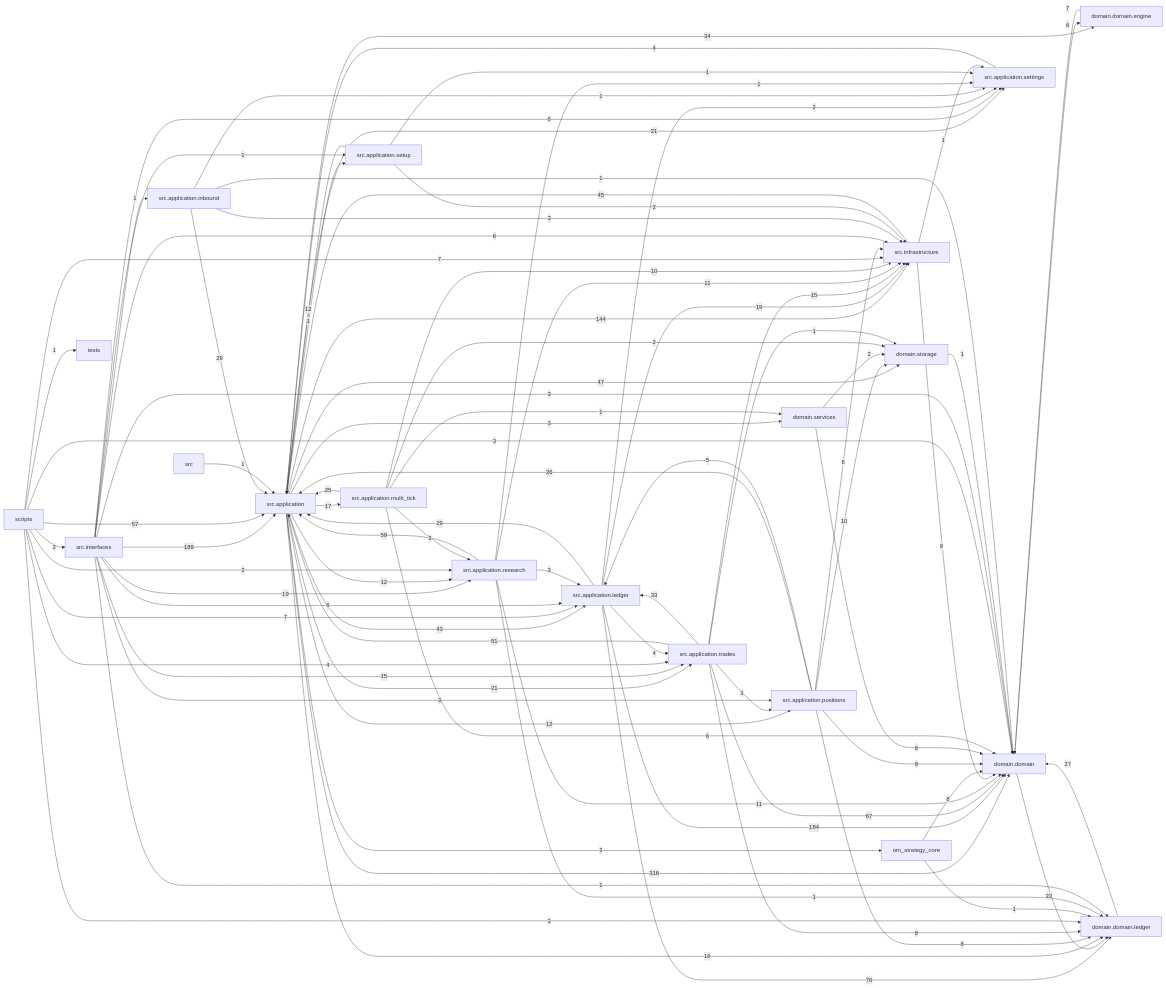
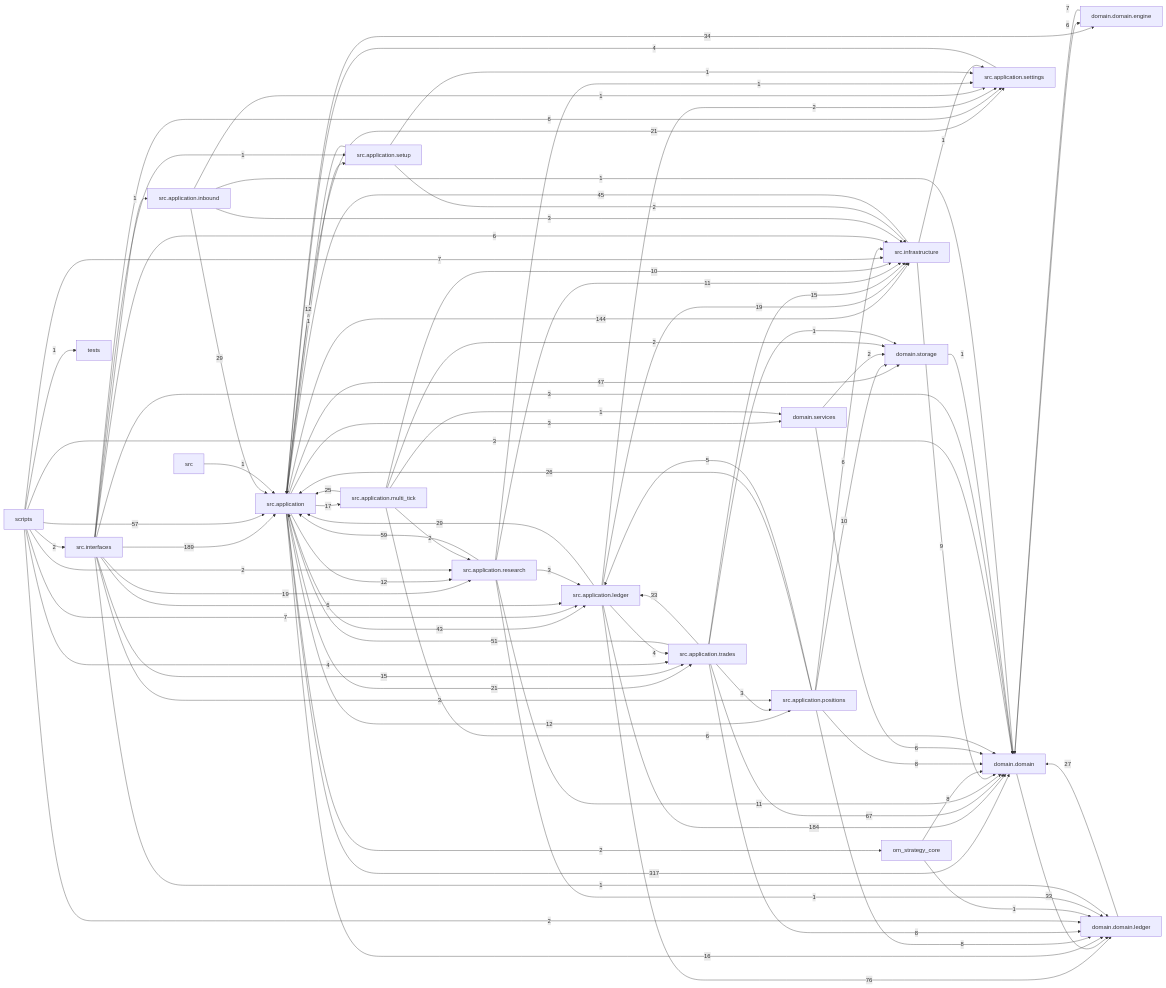
The diagram in docs/dependency_graph.mmd (liuxie066/options-monitor), drawn with Mermaid before and after one commit. The commit also changed 18 other files, not shown here.

```diff
--- a/docs/dependency_graph.mmd
+++ b/docs/dependency_graph.mmd
@@ -1,87 +1,87 @@
 flowchart LR
-  src_application["src.application"] -->|316| domain_domain["domain.domain"]
+  src_application["src.application"] -->|317| domain_domain["domain.domain"]
   src_interfaces["src.interfaces"] -->|189| src_application["src.application"]
   src_application_ledger["src.application.ledger"] -->|184| domain_domain["domain.domain"]
   src_application["src.application"] -->|144| src_infrastructure["src.infrastructure"]
   src_application_ledger["src.application.ledger"] -->|76| domain_domain_ledger["domain.domain.ledger"]
   src_application_trades["src.application.trades"] -->|67| domain_domain["domain.domain"]
   src_application_research["src.application.research"] -->|59| src_application["src.application"]
   scripts["scripts"] -->|57| src_application["src.application"]
   src_application_trades["src.application.trades"] -->|51| src_application["src.application"]
   src_application["src.application"] -->|47| domain_storage["domain.storage"]
   src_infrastructure["src.infrastructure"] -->|45| src_application["src.application"]
   src_application["src.application"] -->|43| src_application_ledger["src.application.ledger"]
   src_application["src.application"] -->|34| domain_domain_engine["domain.domain.engine"]
   domain_domain["domain.domain"] -->|33| domain_domain_ledger["domain.domain.ledger"]
   src_application_trades["src.application.trades"] -->|33| src_application_ledger["src.application.ledger"]
   src_application_inbound["src.application.inbound"] -->|29| src_application["src.application"]
   src_application_ledger["src.application.ledger"] -->|29| src_application["src.application"]
   domain_domain_ledger["domain.domain.ledger"] -->|27| domain_domain["domain.domain"]
   src_application_positions["src.application.positions"] -->|26| src_application["src.application"]
   src_application_multi_tick["src.application.multi_tick"] -->|25| src_application["src.application"]
   src_application["src.application"] -->|21| src_application_settings["src.application.settings"]
   src_application["src.application"] -->|21| src_application_trades["src.application.trades"]
   src_application_ledger["src.application.ledger"] -->|19| src_infrastructure["src.infrastructure"]
   src_interfaces["src.interfaces"] -->|19| src_application_research["src.application.research"]
   src_application["src.application"] -->|17| src_application_multi_tick["src.application.multi_tick"]
   src_application["src.application"] -->|16| domain_domain_ledger["domain.domain.ledger"]
   src_application_trades["src.application.trades"] -->|15| src_infrastructure["src.infrastructure"]
   src_interfaces["src.interfaces"] -->|15| src_application_trades["src.application.trades"]
   src_application["src.application"] -->|12| src_application_positions["src.application.positions"]
   src_application["src.application"] -->|12| src_application_research["src.application.research"]
   src_application_setup["src.application.setup"] -->|12| src_application["src.application"]
   src_application_research["src.application.research"] -->|11| domain_domain["domain.domain"]
   src_application_research["src.application.research"] -->|11| src_infrastructure["src.infrastructure"]
   src_application_multi_tick["src.application.multi_tick"] -->|10| src_infrastructure["src.infrastructure"]
   src_application_positions["src.application.positions"] -->|10| domain_storage["domain.storage"]
   src_infrastructure["src.infrastructure"] -->|9| domain_domain["domain.domain"]
   om_strategy_core["om_strategy_core"] -->|8| domain_domain["domain.domain"]
   src_application_positions["src.application.positions"] -->|8| domain_domain["domain.domain"]
   src_application_positions["src.application.positions"] -->|8| domain_domain_ledger["domain.domain.ledger"]
   src_application_trades["src.application.trades"] -->|8| domain_domain_ledger["domain.domain.ledger"]
   domain_domain_engine["domain.domain.engine"] -->|7| domain_domain["domain.domain"]
   scripts["scripts"] -->|7| src_application_ledger["src.application.ledger"]
   scripts["scripts"] -->|7| src_infrastructure["src.infrastructure"]
   domain_domain["domain.domain"] -->|6| domain_domain_engine["domain.domain.engine"]
   domain_services["domain.services"] -->|6| domain_domain["domain.domain"]
   src_application_multi_tick["src.application.multi_tick"] -->|6| domain_domain["domain.domain"]
   src_application_positions["src.application.positions"] -->|6| src_infrastructure["src.infrastructure"]
   src_interfaces["src.interfaces"] -->|6| src_application_ledger["src.application.ledger"]
   src_interfaces["src.interfaces"] -->|6| src_application_settings["src.application.settings"]
   src_interfaces["src.interfaces"] -->|6| src_infrastructure["src.infrastructure"]
   src_application_positions["src.application.positions"] -->|5| src_application_ledger["src.application.ledger"]
   scripts["scripts"] -->|4| src_application_trades["src.application.trades"]
   src_application_ledger["src.application.ledger"] -->|4| src_application_trades["src.application.trades"]
   src_application_settings["src.application.settings"] -->|4| src_application["src.application"]
   scripts["scripts"] -->|3| domain_domain["domain.domain"]
   src_application["src.application"] -->|3| domain_services["domain.services"]
   src_application_inbound["src.application.inbound"] -->|3| src_infrastructure["src.infrastructure"]
   src_application_research["src.application.research"] -->|3| src_application_ledger["src.application.ledger"]
   src_application_trades["src.application.trades"] -->|3| src_application_positions["src.application.positions"]
   src_interfaces["src.interfaces"] -->|3| domain_domain["domain.domain"]
   src_interfaces["src.interfaces"] -->|3| src_application_positions["src.application.positions"]
   domain_services["domain.services"] -->|2| domain_storage["domain.storage"]
   scripts["scripts"] -->|2| domain_domain_ledger["domain.domain.ledger"]
   scripts["scripts"] -->|2| src_application_research["src.application.research"]
   scripts["scripts"] -->|2| src_interfaces["src.interfaces"]
   src_application["src.application"] -->|2| om_strategy_core["om_strategy_core"]
   src_application_ledger["src.application.ledger"] -->|2| src_application_settings["src.application.settings"]
   src_application_multi_tick["src.application.multi_tick"] -->|2| domain_storage["domain.storage"]
   src_application_multi_tick["src.application.multi_tick"] -->|2| src_application_research["src.application.research"]
   src_application_setup["src.application.setup"] -->|2| src_infrastructure["src.infrastructure"]
   domain_storage["domain.storage"] -->|1| domain_domain["domain.domain"]
   om_strategy_core["om_strategy_core"] -->|1| domain_domain_ledger["domain.domain.ledger"]
   scripts["scripts"] -->|1| tests["tests"]
   src["src"] -->|1| src_application["src.application"]
   src_application["src.application"] -->|1| src_application_setup["src.application.setup"]
   src_application_inbound["src.application.inbound"] -->|1| domain_domain["domain.domain"]
   src_application_inbound["src.application.inbound"] -->|1| src_application_settings["src.application.settings"]
   src_application_multi_tick["src.application.multi_tick"] -->|1| domain_services["domain.services"]
   src_application_research["src.application.research"] -->|1| domain_domain_ledger["domain.domain.ledger"]
   src_application_research["src.application.research"] -->|1| src_application_settings["src.application.settings"]
   src_application_setup["src.application.setup"] -->|1| src_application_settings["src.application.settings"]
   src_application_trades["src.application.trades"] -->|1| domain_storage["domain.storage"]
   src_infrastructure["src.infrastructure"] -->|1| src_application_settings["src.application.settings"]
   src_interfaces["src.interfaces"] -->|1| domain_domain_ledger["domain.domain.ledger"]
   src_interfaces["src.interfaces"] -->|1| src_application_inbound["src.application.inbound"]
   src_interfaces["src.interfaces"] -->|1| src_application_setup["src.application.setup"]
```
